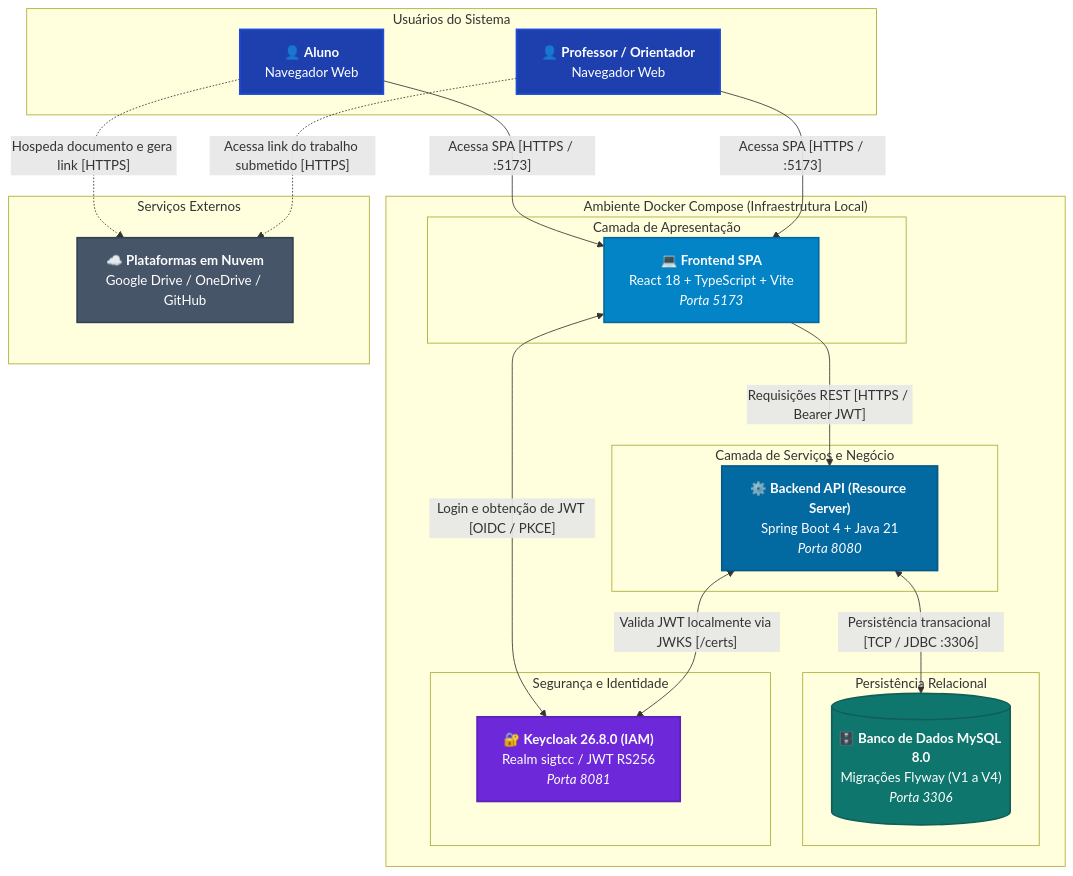
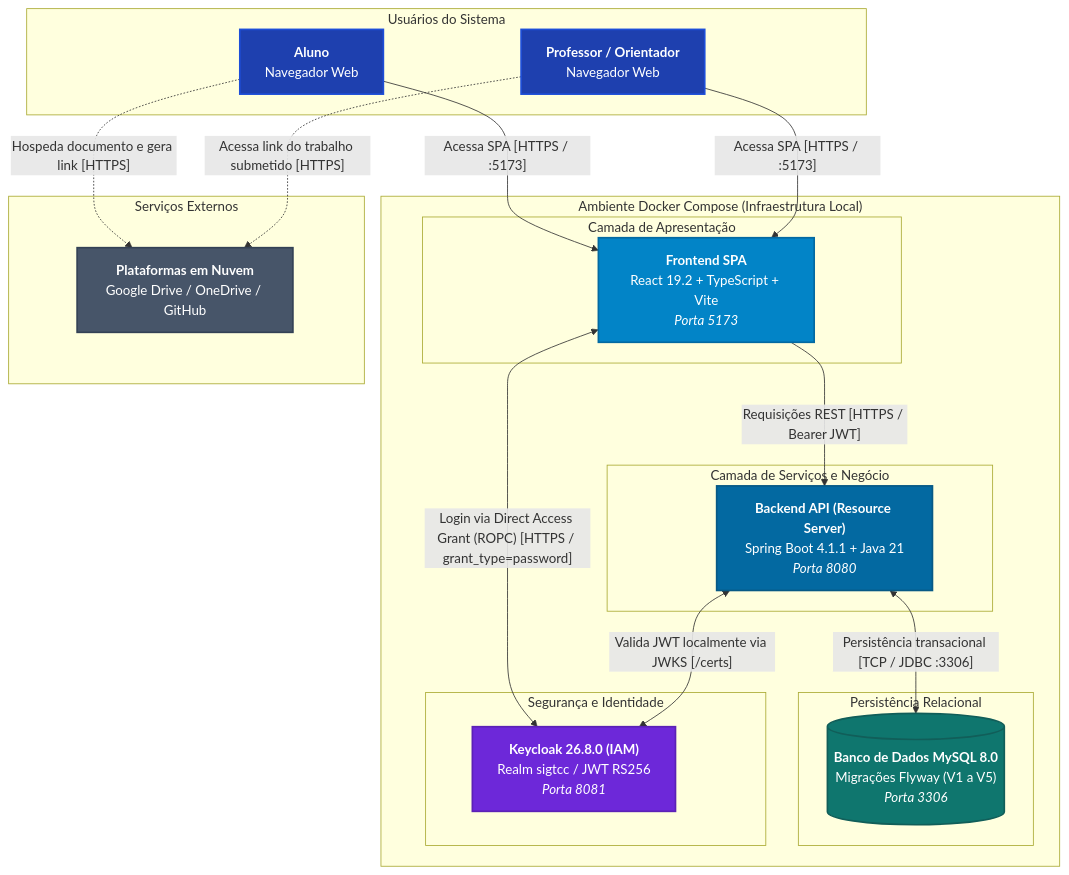
Before and after one commit to IFSC-ES2/es2-2026_2-equipe-3: the diagram in docs/diagramas/c2-conteineres.md, drawn with Mermaid. The commit also changed other lines of this file and 2 other files, not shown here.

Commit message:
docs: ajusta arquitetura e diagramas

````diff
--- a/docs/diagramas/c2-conteineres.md
+++ b/docs/diagramas/c2-conteineres.md
@@ -9,48 +9,48 @@
 ```mermaid
 flowchart TB
     classDef actor fill:#1e40af,stroke:#1d4ed8,stroke-width:2px,color:#ffffff;
     classDef front fill:#0284c7,stroke:#0369a1,stroke-width:2px,color:#ffffff;
     classDef back fill:#0369a1,stroke:#075985,stroke-width:2px,color:#ffffff;
     classDef db fill:#0f766e,stroke:#115e59,stroke-width:2px,color:#ffffff;
     classDef iam fill:#6d28d9,stroke:#5b21b6,stroke-width:2px,color:#ffffff;
     classDef cloud fill:#475569,stroke:#334155,stroke-width:2px,color:#ffffff;
 
     subgraph Atores["Usuários do Sistema"]
-        aluno["👤 <b>Aluno</b><br/>Navegador Web"]:::actor
-        professor["👤 <b>Professor / Orientador</b><br/>Navegador Web"]:::actor
+        aluno["<b>Aluno</b><br/>Navegador Web"]:::actor
+        professor["<b>Professor / Orientador</b><br/>Navegador Web"]:::actor
     end
 
     subgraph Docker["Ambiente Docker Compose (Infraestrutura Local)"]
         subgraph FrontCont["Camada de Apresentação"]
-            frontend["💻 <b>Frontend SPA</b><br/>React 18 + TypeScript + Vite<br/><i>Porta 5173</i>"]:::front
+            frontend["<b>Frontend SPA</b><br/>React 19.2 + TypeScript + Vite<br/><i>Porta 5173</i>"]:::front
         end
 
         subgraph BackCont["Camada de Serviços e Negócio"]
-            backend["⚙️ <b>Backend API (Resource Server)</b><br/>Spring Boot 4 + Java 21<br/><i>Porta 8080</i>"]:::back
+            backend["<b>Backend API (Resource Server)</b><br/>Spring Boot 4.1.1 + Java 21<br/><i>Porta 8080</i>"]:::back
         end
 
         subgraph DbCont["Persistência Relacional"]
-            db[("🗄️ <b>Banco de Dados MySQL 8.0</b><br/>Migrações Flyway (V1 a V4)<br/><i>Porta 3306</i>")]:::db
+            db[("<b>Banco de Dados MySQL 8.0</b><br/>Migrações Flyway (V1 a V5)<br/><i>Porta 3306</i>")]:::db
         end
 
         subgraph IamCont["Segurança e Identidade"]
-            keycloak["🔐 <b>Keycloak 26.8.0 (IAM)</b><br/>Realm sigtcc / JWT RS256<br/><i>Porta 8081</i>"]:::iam
+            keycloak["<b>Keycloak 26.8.0 (IAM)</b><br/>Realm sigtcc / JWT RS256<br/><i>Porta 8081</i>"]:::iam
         end
     end
 
     subgraph NuvemExt["Serviços Externos"]
-        nuvem["☁️ <b>Plataformas em Nuvem</b><br/>Google Drive / OneDrive / GitHub"]:::cloud
+        nuvem["<b>Plataformas em Nuvem</b><br/>Google Drive / OneDrive / GitHub"]:::cloud
     end
 
     aluno -->|"Acessa SPA [HTTPS / :5173]"| frontend
     professor -->|"Acessa SPA [HTTPS / :5173]"| frontend
 
-    frontend <-->|"Login e obtenção de JWT [OIDC / PKCE]"| keycloak
+    frontend <-->|"Login via Direct Access Grant (ROPC) [HTTPS / grant_type=password]"| keycloak
     frontend -->|"Requisições REST [HTTPS / Bearer JWT]"| backend
 
     backend <-->|"Valida JWT localmente via JWKS [/certs]"| keycloak
     backend <-->|"Persistência transacional [TCP / JDBC :3306]"| db
 
     aluno -.->|"Hospeda documento e gera link [HTTPS]"| nuvem
     professor -.->|"Acessa link do trabalho submetido [HTTPS]"| nuvem
 ```
````
